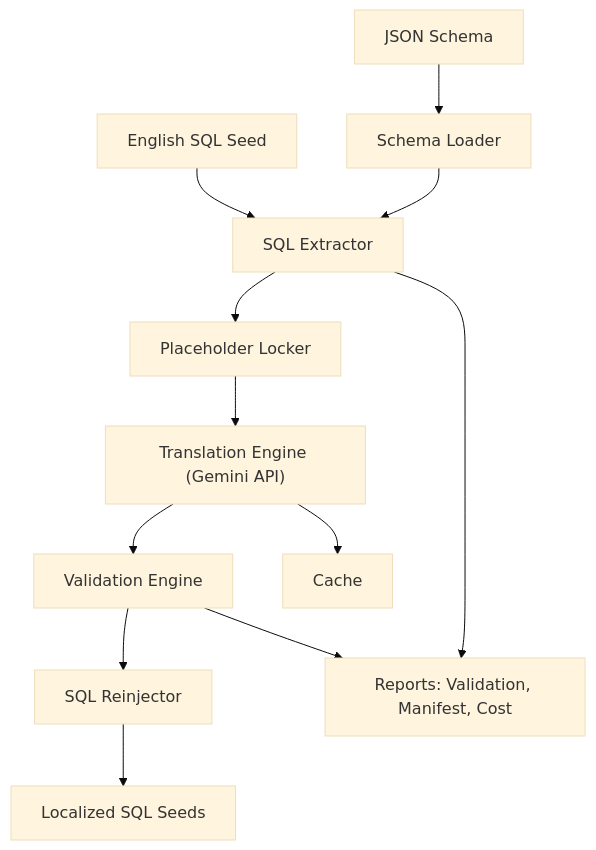
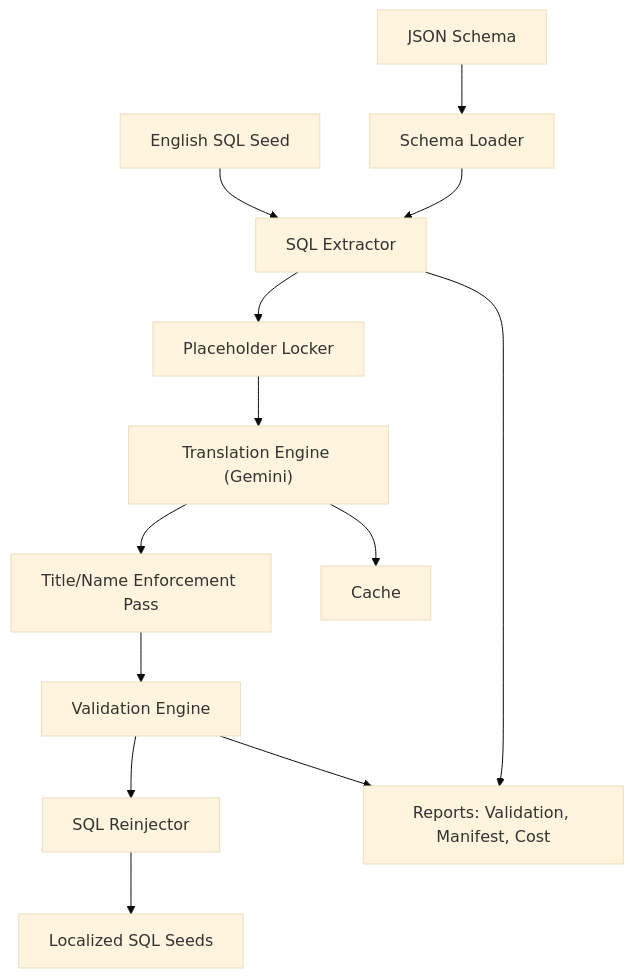
One commit to Saad030303/Translation_Pipeline_i18n changed the first of 2 diagrams in README.md. Above: the diagram before and after it, drawn with Mermaid (base theme). The commit also changed other lines of this file, not shown here.

````diff
--- a/README.md
+++ b/README.md
@@ -8,14 +6,15 @@
 ```mermaid
-flowchart  TD
-A[JSON Schema]  -->  B[Schema Loader]
-A2[English SQL Seed]  -->  C[SQL Extractor]
-B  -->  C
-C  -->  D["Placeholder Locker"]
-D  -->  E["Translation Engine (Gemini API)"]
-E  -->  F[Validation Engine]
-F  -->  G[SQL Reinjector]
-G  -->  H[Localized SQL Seeds]
-F  -->  I[Reports: Validation, Manifest, Cost]
-E  -->  J[Cache]
-C  -->  I
+flowchart TD
+A["JSON Schema"] --> B["Schema Loader"]
+A2["English SQL Seed"] --> C["SQL Extractor"]
+B --> C
+C --> D["Placeholder Locker"]
+D --> E["Translation Engine (Gemini)"]
+E --> E2["Title/Name Enforcement Pass"]
+E2 --> F["Validation Engine"]
+F --> G["SQL Reinjector"]
+G --> H["Localized SQL Seeds"]
+F --> I["Reports: Validation, Manifest, Cost"]
+E --> J["Cache"]
+C --> I
 ```
````
